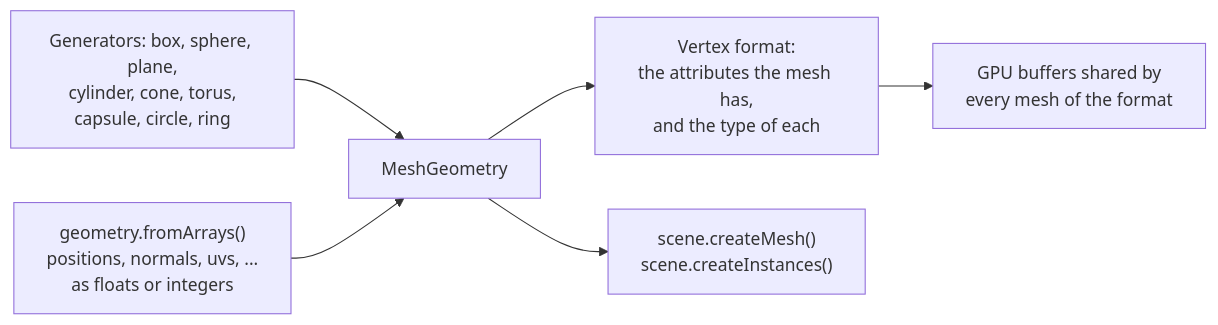
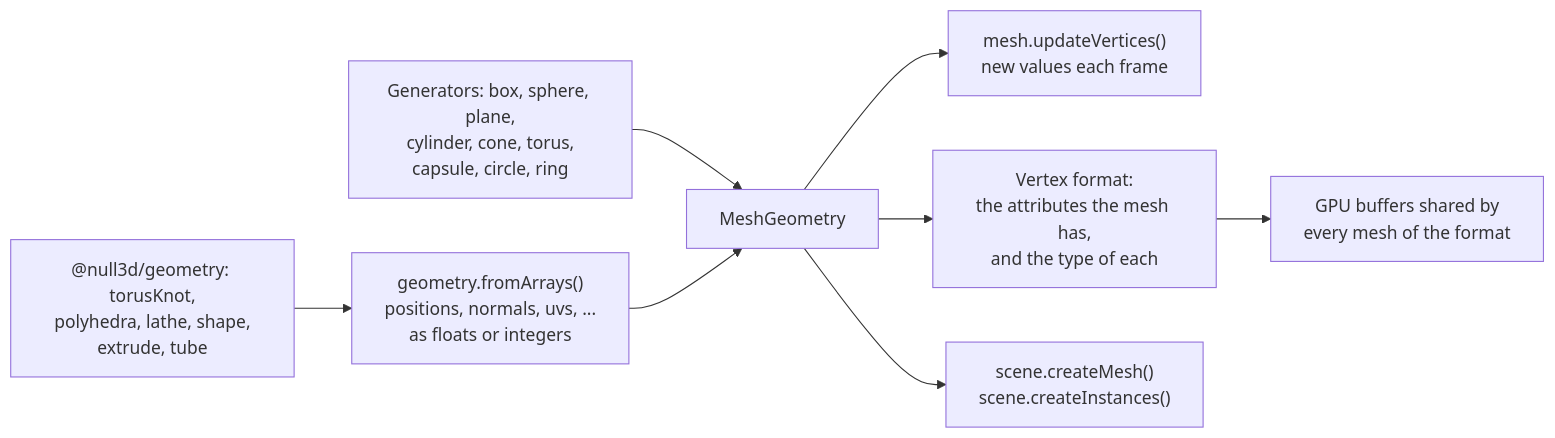
The diagram in docs/api/geometry.md (null3d-engine/null3d), drawn with Mermaid before and after one commit. The commit also changed other lines of this file and 64 other files, not shown here.

First line of the commit message:
feat(geometry): add the @null3d/geometry package and mesh.updateVertices

````diff
--- a/docs/api/geometry.md
+++ b/docs/api/geometry.md
@@ -13,8 +13,10 @@
 ```mermaid
 flowchart LR
     gen["Generators: box, sphere, plane,<br/>cylinder, cone, torus,<br/>capsule, circle, ring"] --> mesh["MeshGeometry"]
+    extra["@null3d/geometry: torusKnot,<br/>polyhedra, lathe, shape,<br/>extrude, tube"] --> arrays
     arrays["geometry.fromArrays()<br/>positions, normals, uvs, ...<br/>as floats or integers"] --> mesh
+    mesh --> update["mesh.updateVertices()<br/>new values each frame"]
     mesh --> format["Vertex format:<br/>the attributes the mesh has,<br/>and the type of each"]
     format --> pages["GPU buffers shared by<br/>every mesh of the format"]
     mesh --> objects["scene.createMesh()<br/>scene.createInstances()"]
 ```
````
